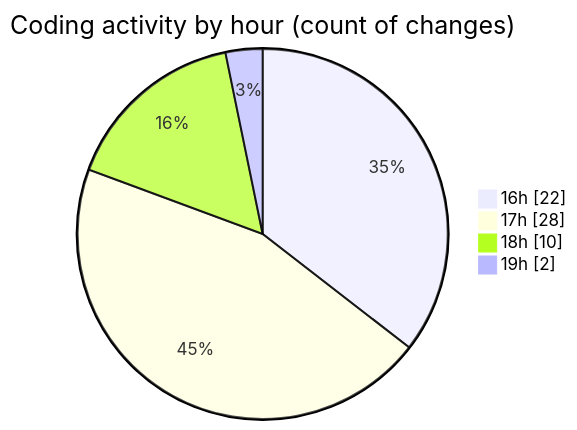
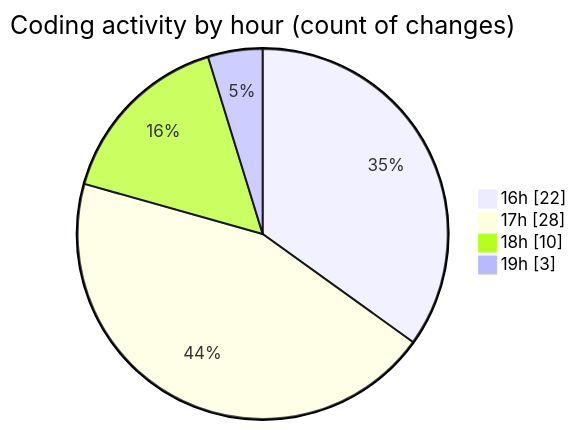
Before and after one commit to becaeroporto-bot/code-tracking: the second of 2 diagrams in 2026-02-17/bot_v1_2/README.md, drawn with Mermaid. The commit also changed other lines of this file and 1 other file, not shown here.

````diff
--- a/2026-02-17/bot_v1_2/README.md
+++ b/2026-02-17/bot_v1_2/README.md
@@ -52,8 +52,8 @@
 ```mermaid
 pie showData
 title Coding activity by hour (count of changes)
 "16h" : 22
 "17h" : 28
 "18h" : 10
-"19h" : 2
+"19h" : 3
 ```
````
